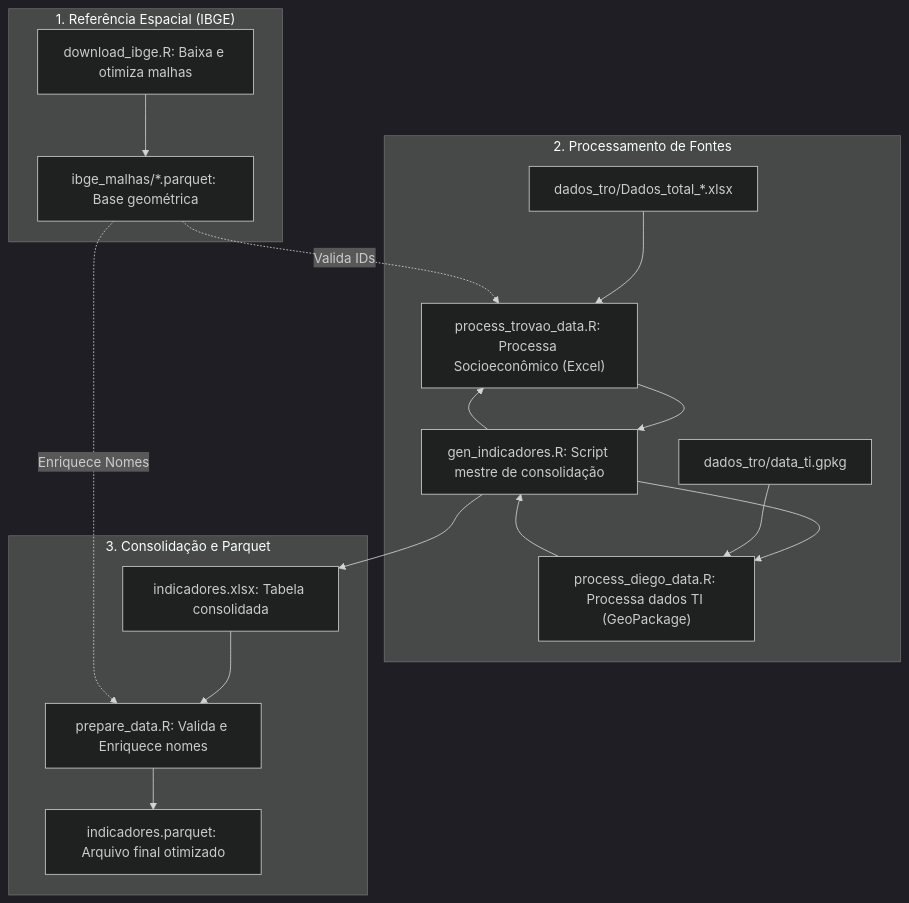
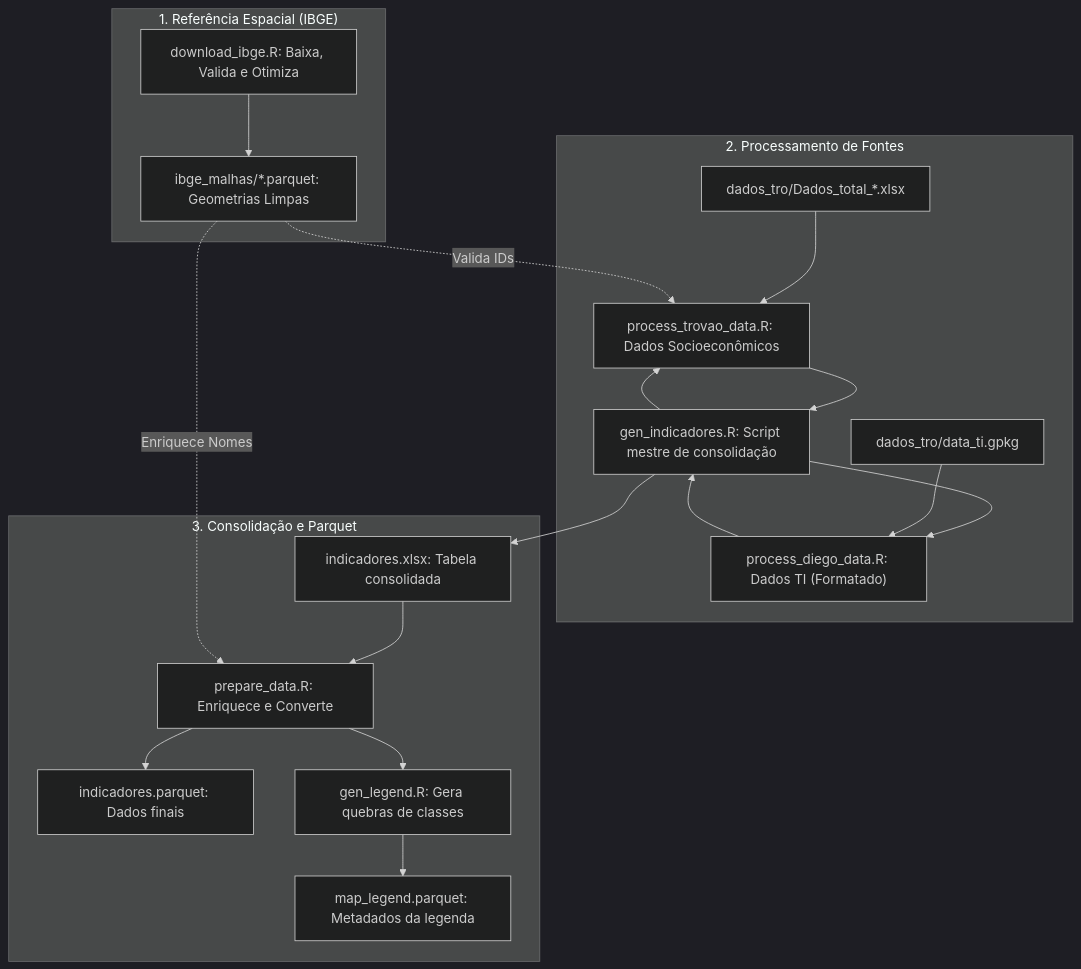
Before and after one commit to inct-labplan/shiny-it: the first of 2 diagrams in README.md, drawn with Mermaid (dark theme). The commit also changed other lines of this file and 11 other files, not shown here.

````diff
--- a/README.md
+++ b/README.md
@@ -29,37 +30,41 @@
 ```mermaid
 graph TD
     subgraph SG1 ["1. Referência Espacial (IBGE)"]
-        D_IBGE["download_ibge.R: Baixa e otimiza malhas"]
-        MALHAS["ibge_malhas/*.parquet: Base geométrica"]
+        D_IBGE["download_ibge.R: Baixa, Valida e Otimiza"]
+        MALHAS["ibge_malhas/*.parquet: Geometrias Limpas"]
         D_IBGE --> MALHAS
     end
 
     subgraph SG2 ["2. Processamento de Fontes"]
         GEN["gen_indicadores.R: Script mestre de consolidação"]
-        P_DIEGO["process_diego_data.R: Processa dados TI (GeoPackage)"]
-        P_TROVAO["process_trovao_data.R: Processa Socioeconômico (Excel)"]
+        P_DIEGO["process_diego_data.R: Dados TI (Formatado)"]
+        P_TROVAO["process_trovao_data.R: Dados Socioeconômicos"]
         
         IN_TI["dados_tro/data_ti.gpkg"]
         IN_SOCIO["dados_tro/Dados_total_*.xlsx"]
 
         GEN --> P_DIEGO
         GEN --> P_TROVAO
         
         IN_TI --> P_DIEGO
         IN_SOCIO --> P_TROVAO
         MALHAS -.->|Valida IDs| P_TROVAO
     end
 
     subgraph SG3 ["3. Consolidação e Parquet"]
         XLSX["indicadores.xlsx: Tabela consolidada"]
-        PREP["prepare_data.R: Valida e Enriquece nomes"]
-        PARQUET["indicadores.parquet: Arquivo final otimizado"]
+        PREP["prepare_data.R: Enriquece e Converte"]
+        PARQUET["indicadores.parquet: Dados finais"]
+        LEG_GEN["gen_legend.R: Gera quebras de classes"]
+        LEG_PQ["map_legend.parquet: Metadados da legenda"]
 
         P_DIEGO --> GEN
         P_TROVAO --> GEN
         GEN --> XLSX
         XLSX --> PREP
         MALHAS -.->|Enriquece Nomes| PREP
         PREP --> PARQUET
+        PREP --> LEG_GEN
+        LEG_GEN --> LEG_PQ
     end
 ```
````
